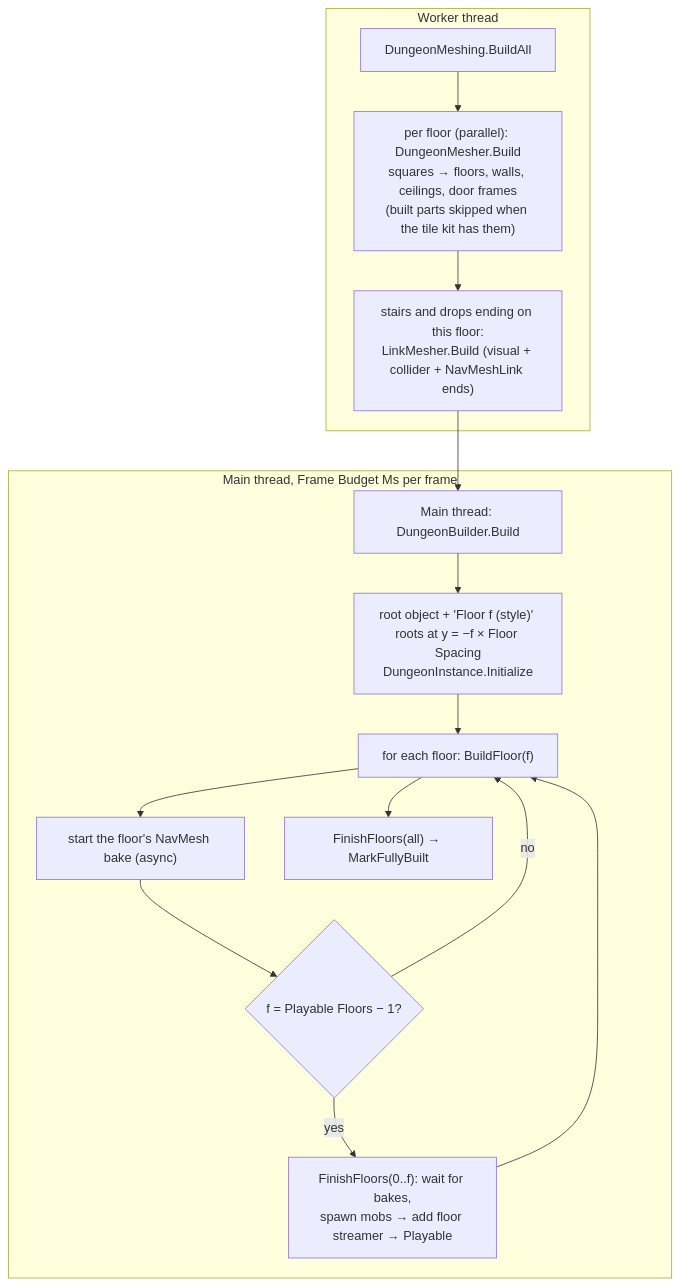
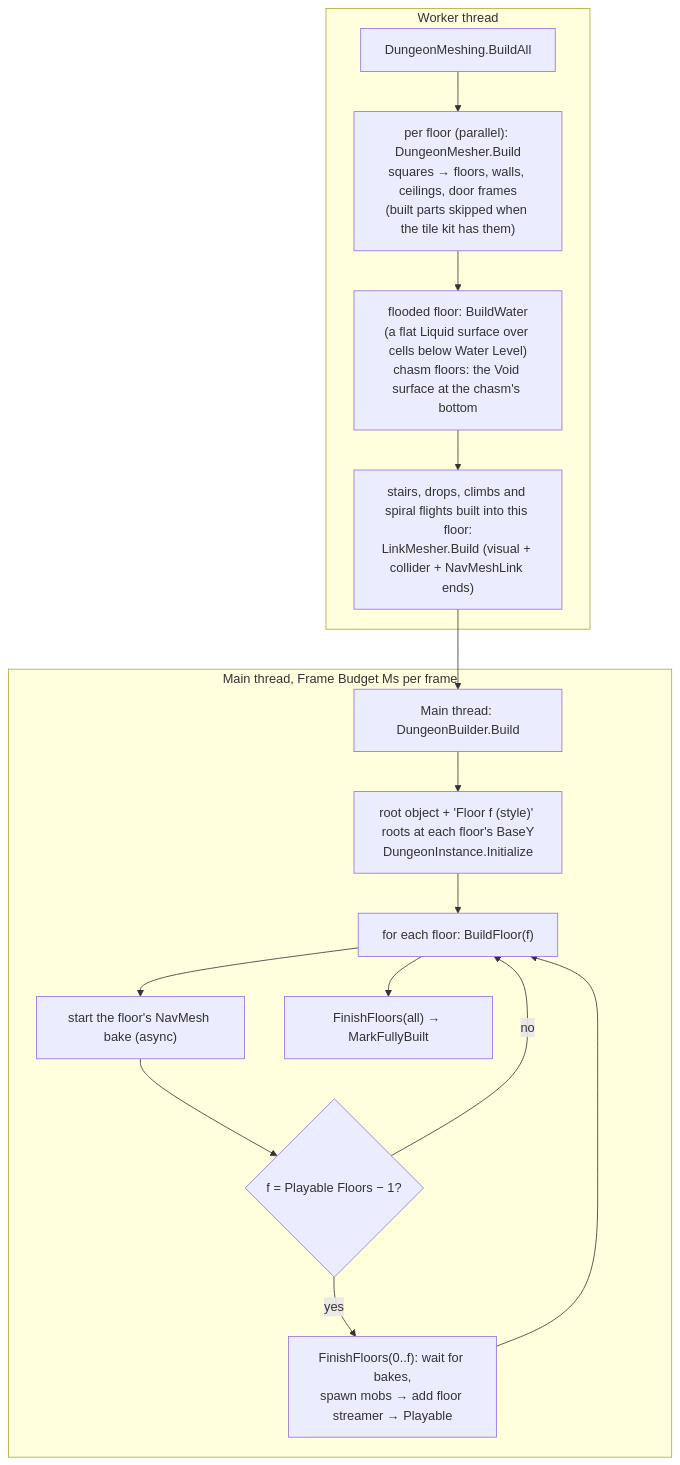
One commit to Kaynan-Jamelaumn/SimpleMovementsUnityPackage changed the first of 6 diagrams in Documentation/Dungeon/09-Meshing-and-Build.md. Above: the diagram before and after it, drawn with Mermaid. The commit also changed other lines of this file and 161 other files, not shown here.

````diff
--- a/Documentation/Dungeon/09-Meshing-and-Build.md
+++ b/Documentation/Dungeon/09-Meshing-and-Build.md
@@ -24,18 +24,19 @@
 ```mermaid
 flowchart TD
     subgraph W["Worker thread"]
         A["DungeonMeshing.BuildAll"] --> B["per floor (parallel): DungeonMesher.Build<br/>squares → floors, walls, ceilings, door frames<br/>(built parts skipped when the tile kit has them)"]
-        B --> C["stairs and drops ending on this floor:<br/>LinkMesher.Build (visual + collider + NavMeshLink ends)"]
+        B --> W2["flooded floor: BuildWater<br/>(a flat Liquid surface over cells below Water Level)<br/>chasm floors: the Void surface at the chasm's bottom"]
+        W2 --> C["stairs, drops, climbs and spiral flights built into this floor:<br/>LinkMesher.Build (visual + collider + NavMeshLink ends)"]
     end
     C --> D["Main thread: DungeonBuilder.Build"]
     subgraph M["Main thread, Frame Budget Ms per frame"]
-        D --> E["root object + 'Floor f (style)' roots at y = −f × Floor Spacing<br/>DungeonInstance.Initialize"]
+        D --> E["root object + 'Floor f (style)' roots at each floor's BaseY<br/>DungeonInstance.Initialize"]
         E --> F["for each floor: BuildFloor(f)"]
         F --> G["start the floor's NavMesh bake (async)"]
         G --> H{"f = Playable Floors − 1?"}
         H -- yes --> I["FinishFloors(0..f): wait for bakes,<br/>spawn mobs → add floor streamer → Playable"]
         H -- no --> F
         I --> F
         F --> J["FinishFloors(all) → MarkFullyBuilt"]
     end
 ```
````
